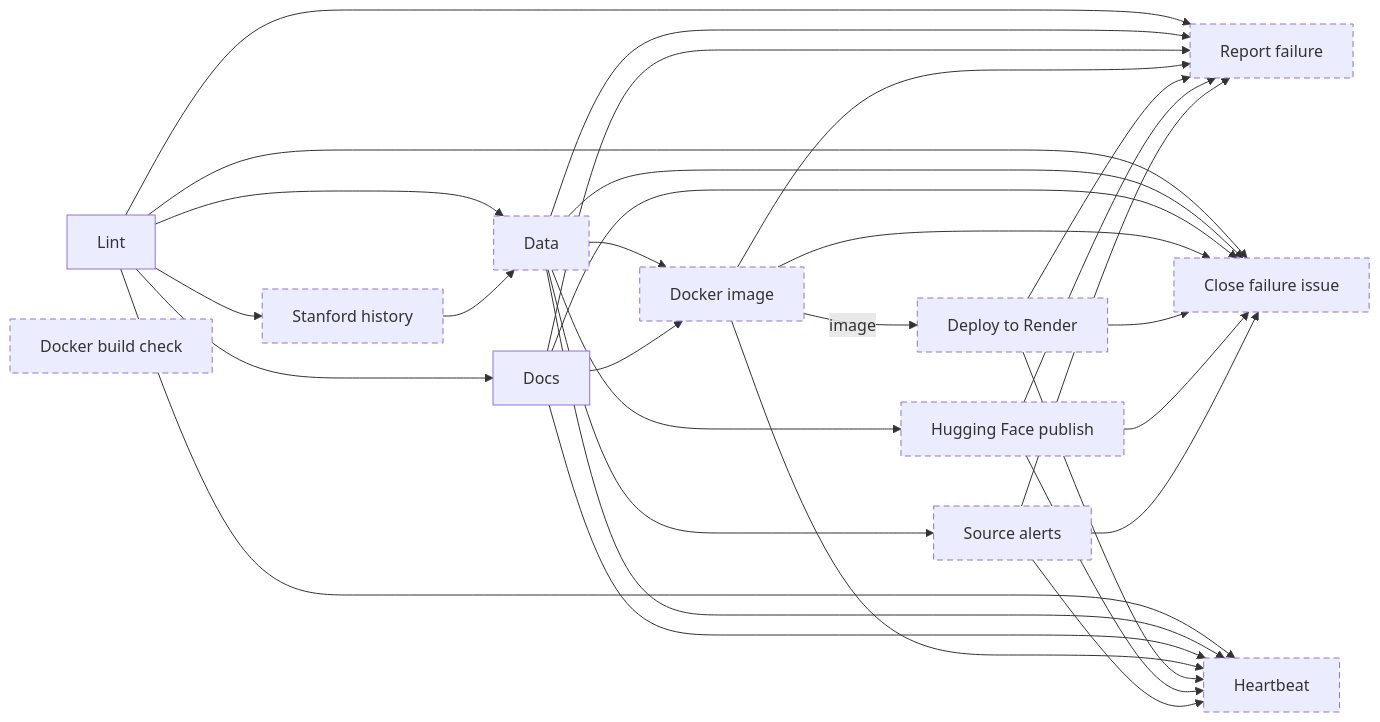
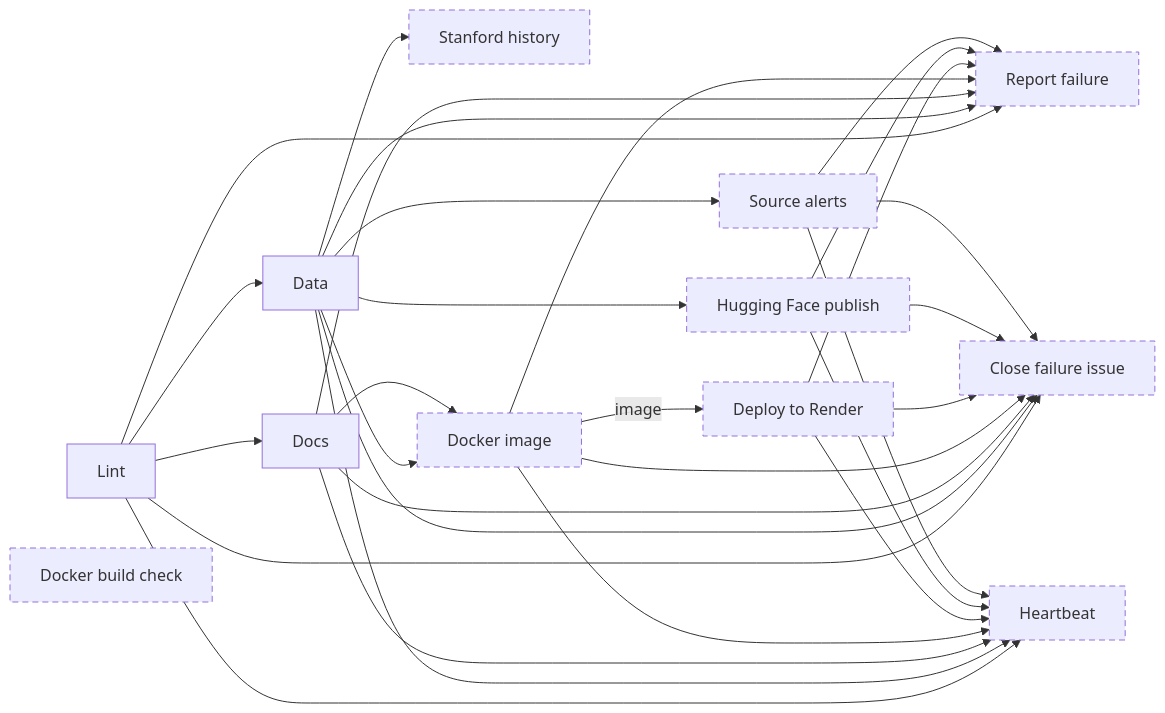
The second of 3 diagrams in docs/architecture.md (tryph0n/hybrid-tracker), drawn with Mermaid before and after one commit. The commit also changed other lines of this file and 5 other files, not shown here.

````diff
--- a/docs/architecture.md
+++ b/docs/architecture.md
@@ -61,46 +61,45 @@
 ```mermaid
 flowchart LR
   classDef conditional stroke-dasharray: 6 4
   job_lint["Lint"]
   job_history["Stanford history"]:::conditional
-  job_data["Data"]:::conditional
+  job_data["Data"]
   job_docs["Docs"]
   job_image_check["Docker build check"]:::conditional
   job_image["Docker image"]:::conditional
   job_deploy["Deploy to Render"]:::conditional
   job_publish["Hugging Face publish"]:::conditional
   job_report_failure["Report failure"]:::conditional
   job_source_alerts["Source alerts"]:::conditional
   job_close_failure["Close failure issue"]:::conditional
   job_heartbeat["Heartbeat"]:::conditional
-  job_lint --> job_history
+  job_data --> job_history
   job_lint --> job_data
-  job_history --> job_data
   job_lint --> job_docs
   job_data --> job_image
   job_docs --> job_image
   job_image -->|image| job_deploy
   job_data --> job_publish
   job_lint --> job_report_failure
   job_data --> job_report_failure
   job_docs --> job_report_failure
   job_image --> job_report_failure
   job_deploy --> job_report_failure
   job_publish --> job_report_failure
   job_source_alerts --> job_report_failure
   job_data --> job_source_alerts
   job_lint --> job_close_failure
   job_data --> job_close_failure
   job_docs --> job_close_failure
   job_image --> job_close_failure
   job_deploy --> job_close_failure
   job_publish --> job_close_failure
   job_source_alerts --> job_close_failure
   job_lint --> job_heartbeat
   job_data --> job_heartbeat
   job_docs --> job_heartbeat
   job_image --> job_heartbeat
   job_deploy --> job_heartbeat
   job_publish --> job_heartbeat
   job_source_alerts --> job_heartbeat
 ```
````
